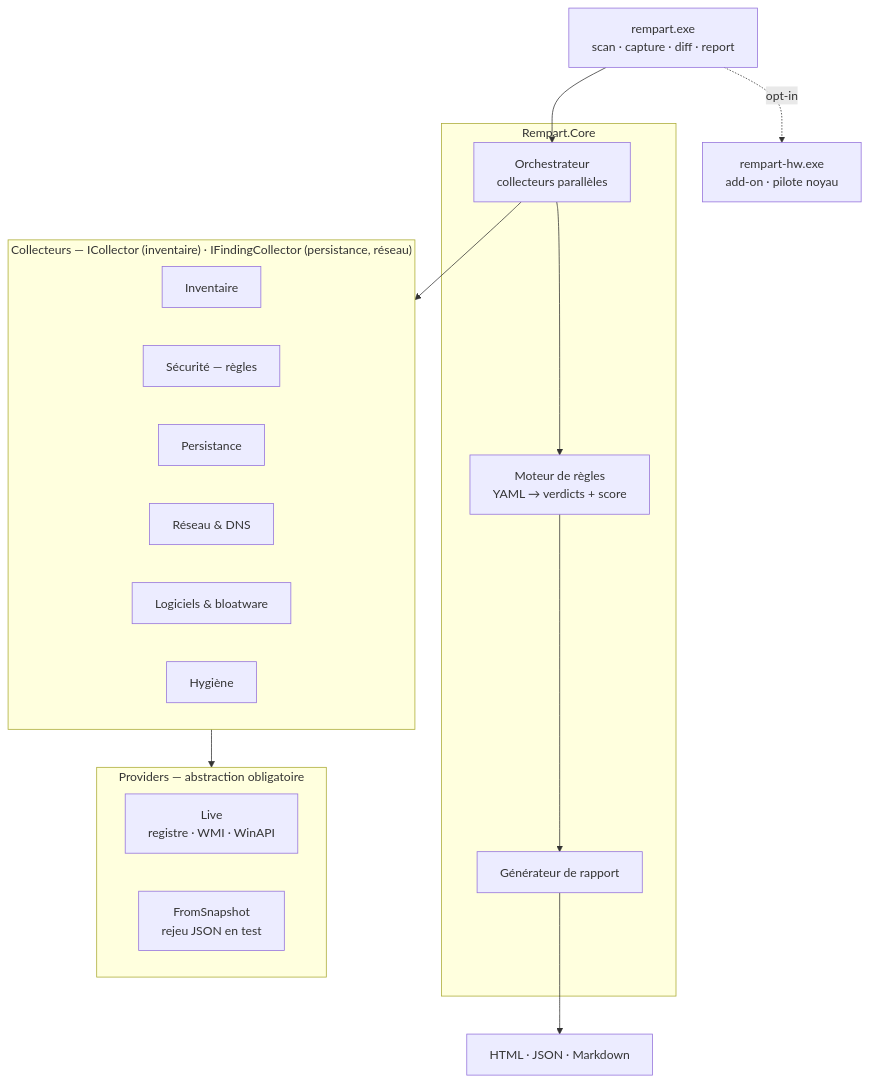
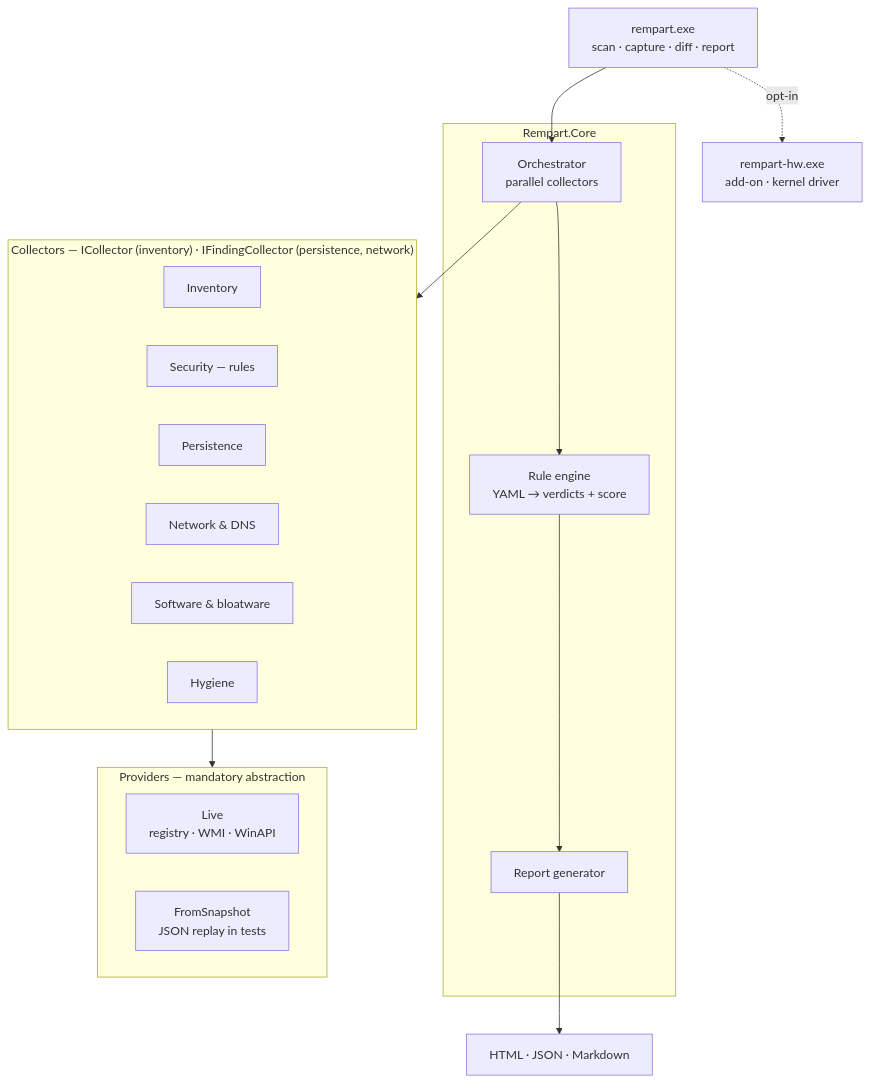
Before and after one commit to naoutix/rempart: the first of 3 diagrams in docs/ARCHITECTURE.md, drawn with Mermaid. The commit also changed other lines of this file and 1 other file, not shown here.

First line of the commit message:
Translate ARCHITECTURE.md and BUILD.md to English (#61)

````diff
--- a/docs/ARCHITECTURE.md
+++ b/docs/ARCHITECTURE.md
@@ -7,34 +7,34 @@
 ```mermaid
 flowchart TB
     CLI["rempart.exe<br/>scan · capture · diff · report"]
 
     subgraph CORE["Rempart.Core"]
-        ORCH["Orchestrateur<br/>collecteurs parallèles"]
-        RULES["Moteur de règles<br/>YAML → verdicts + score"]
-        REPORT["Générateur de rapport"]
+        ORCH["Orchestrator<br/>parallel collectors"]
+        RULES["Rule engine<br/>YAML → verdicts + score"]
+        REPORT["Report generator"]
     end
 
-    subgraph COL["Collecteurs — ICollector (inventaire) · IFindingCollector (persistance, réseau)"]
-        C1["Inventaire"]
-        C2["Sécurité — règles"]
-        C3["Persistance"]
-        C4["Réseau & DNS"]
-        C5["Logiciels & bloatware"]
-        C6["Hygiène"]
+    subgraph COL["Collectors — ICollector (inventory) · IFindingCollector (persistence, network)"]
+        C1["Inventory"]
+        C2["Security — rules"]
+        C3["Persistence"]
+        C4["Network & DNS"]
+        C5["Software & bloatware"]
+        C6["Hygiene"]
     end
 
-    subgraph PROV["Providers — abstraction obligatoire"]
-        PLIVE["Live<br/>registre · WMI · WinAPI"]
-        PSNAP["FromSnapshot<br/>rejeu JSON en test"]
+    subgraph PROV["Providers — mandatory abstraction"]
+        PLIVE["Live<br/>registry · WMI · WinAPI"]
+        PSNAP["FromSnapshot<br/>JSON replay in tests"]
     end
 
-    HW["rempart-hw.exe<br/>add-on · pilote noyau"]
+    HW["rempart-hw.exe<br/>add-on · kernel driver"]
 
     CLI --> ORCH
     ORCH --> COL
     COL --> PROV
     ORCH --> RULES
     RULES --> REPORT
     REPORT --> OUT["HTML · JSON · Markdown"]
     CLI -.opt-in.-> HW
 ```
````
